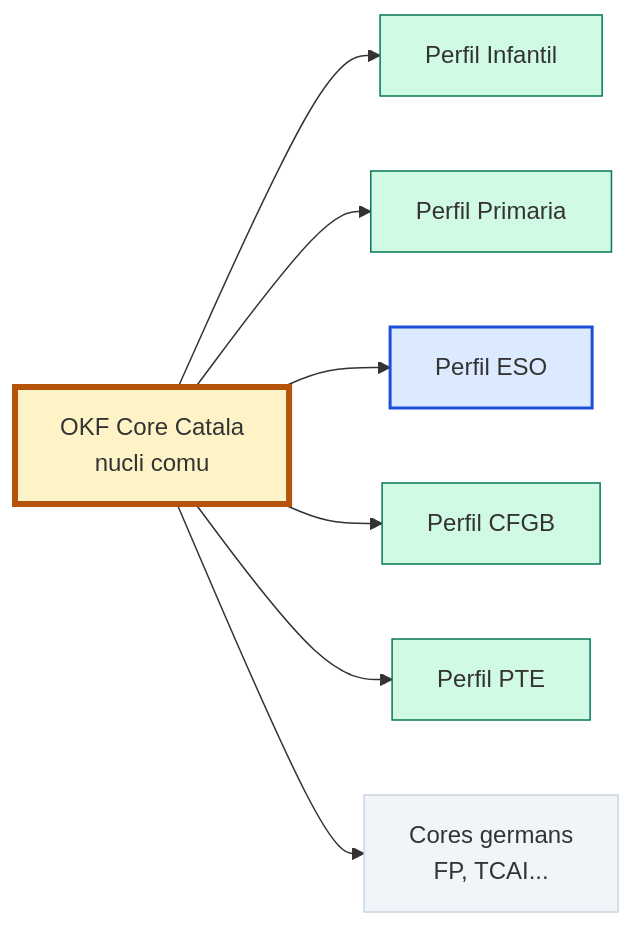
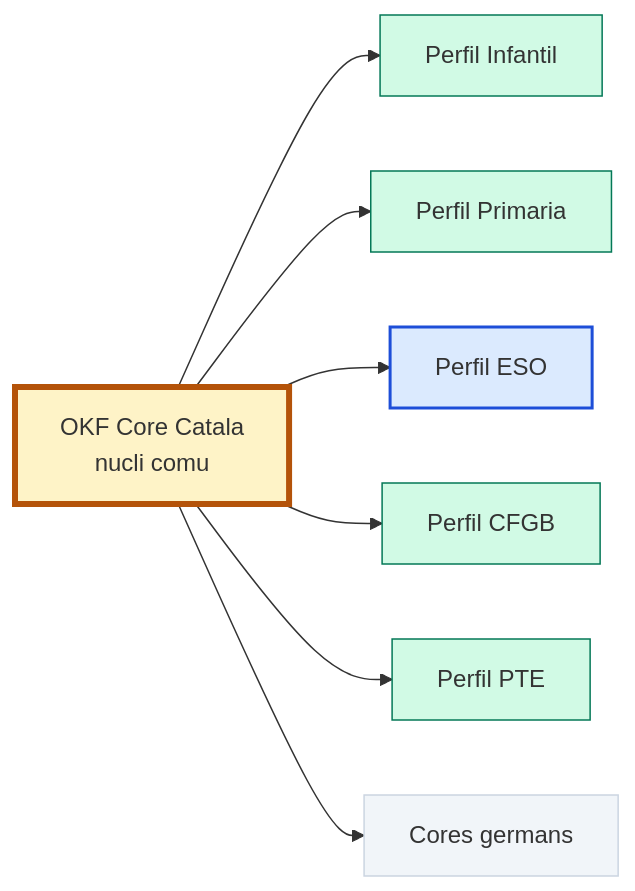
One commit to jmonta23-okf/okf-starter-kit changed the diagram in 01-cores/OKF-CORE-CATALA-00.md. Above: the diagram before and after it, drawn with Mermaid. The commit also changed other lines of this file and 28 other files, not shown here.

````diff
--- a/01-cores/OKF-CORE-CATALA-00.md
+++ b/01-cores/OKF-CORE-CATALA-00.md
@@ -33,17 +32,17 @@
 ```mermaid
 flowchart LR
     CORE["OKF Core Catala<br/>nucli comu"] --> P1["Perfil Infantil"]
     CORE --> P2["Perfil Primaria"]
     CORE --> P3["Perfil ESO"]
     CORE --> P4["Perfil CFGB"]
     CORE --> P5["Perfil PTE"]
-    CORE --> G["Cores germans<br/>FP, TCAI..."]
+    CORE --> G["Cores germans"]
 
     style CORE fill:#fef3c7,stroke:#b45309,stroke-width:4px
     style P1 fill:#d1fae5,stroke:#047857,stroke-width:1px
     style P2 fill:#d1fae5,stroke:#047857,stroke-width:1px
     style P3 fill:#dbeafe,stroke:#1d4ed8,stroke-width:2px
     style P4 fill:#d1fae5,stroke:#047857,stroke-width:1px
     style P5 fill:#d1fae5,stroke:#047857,stroke-width:1px
     style G fill:#f1f5f9,stroke:#cbd5e1,stroke-width:1px
 ```
````
